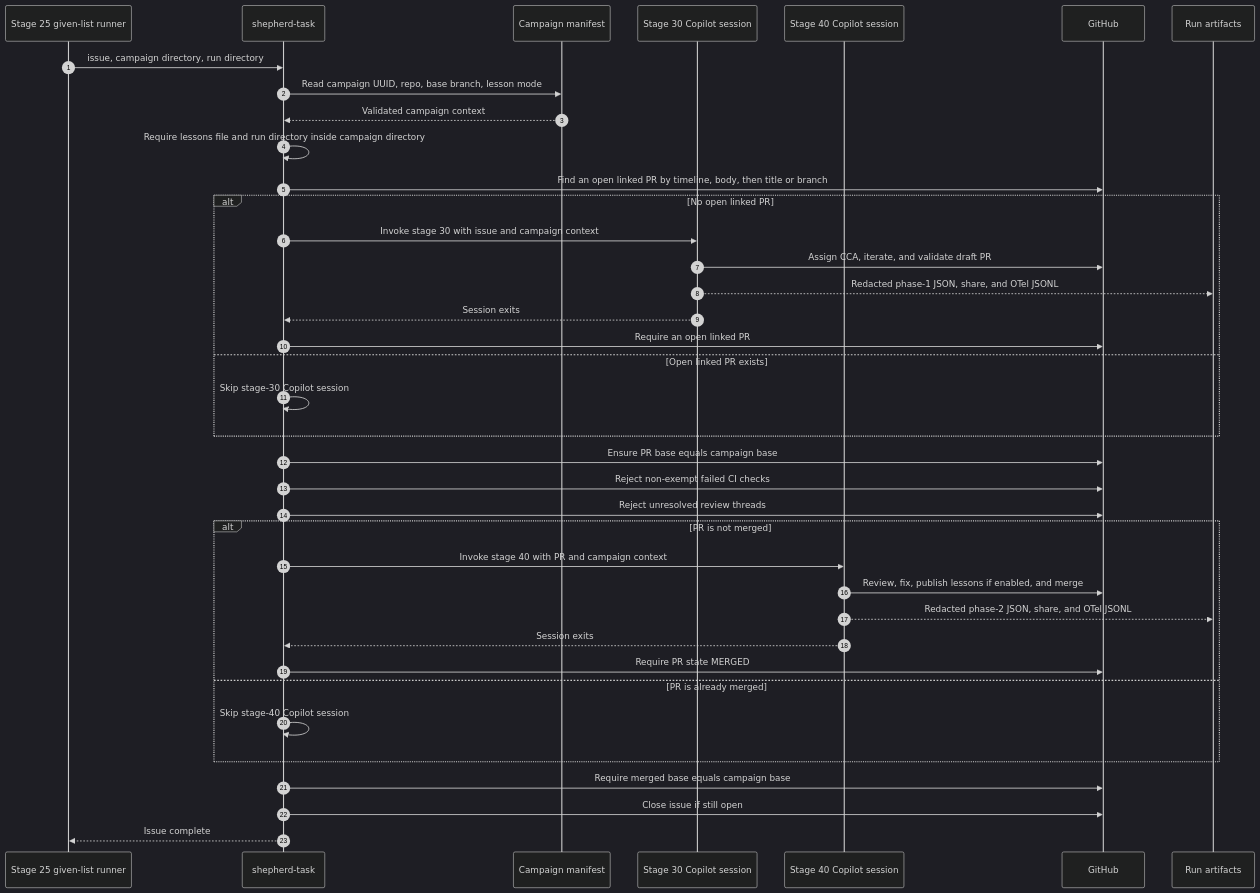
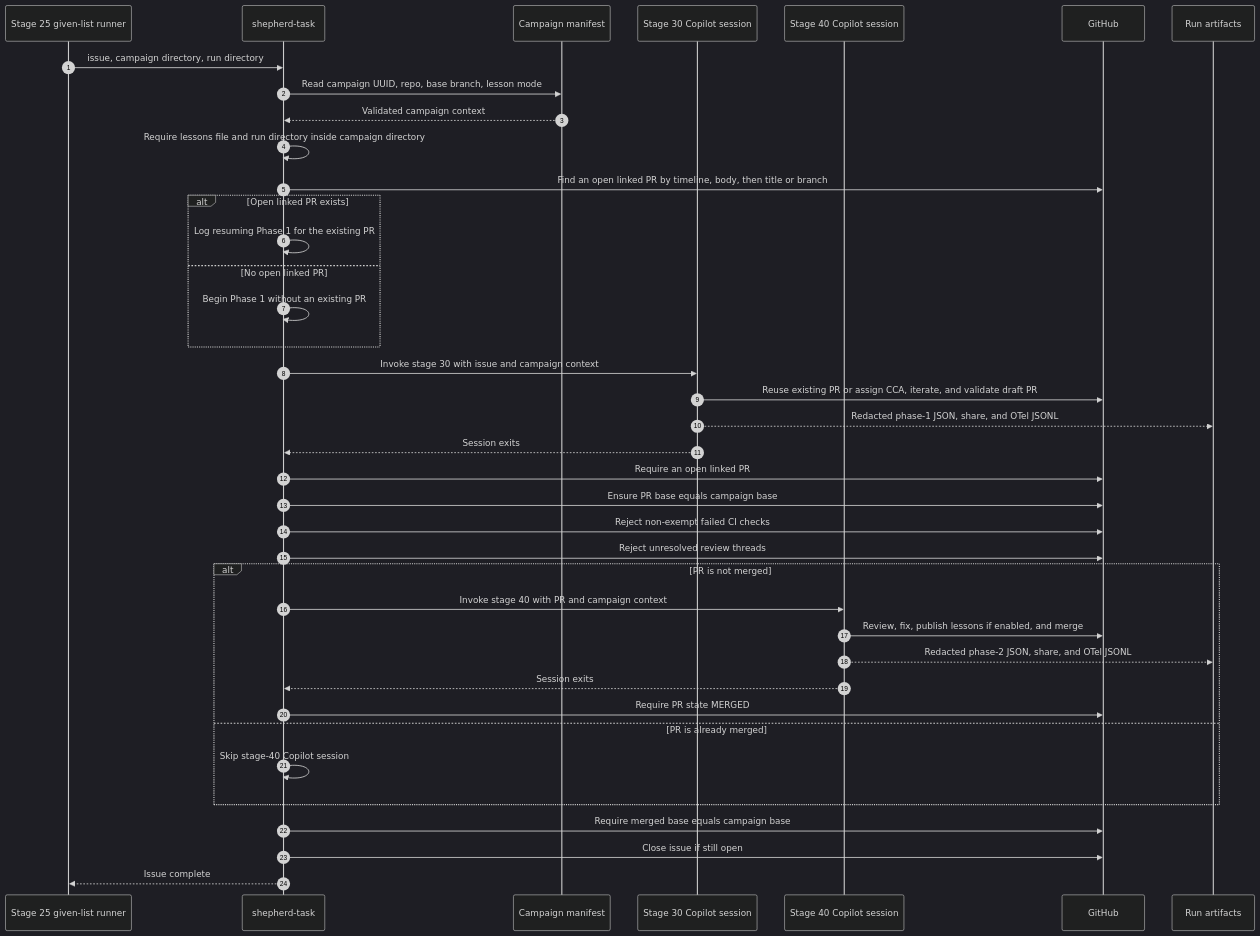
The diagram in plugins/shepherd-task/figure-02-shepherd-task.md (github/awesome-copilot), drawn with Mermaid (dark theme) before and after one commit. The commit also changed other lines of this file and 1 other file, not shown here.

Commit message:
Correct shepherd orchestration diagrams
Document Stage 30 resume behavior for existing pull requests and show Stage 25 manifest finalization before Stage 50 post-mortem generation.

Copilot-Session: ee3b3d65-a828-4ded-a757-e5f978303649

````diff
--- a/plugins/shepherd-task/figure-02-shepherd-task.md
+++ b/plugins/shepherd-task/figure-02-shepherd-task.md
@@ -7,45 +7,46 @@
 ```mermaid
 sequenceDiagram
     autonumber
     participant GL as Stage 25 given-list runner
     participant ST as shepherd-task
     participant CM as Campaign manifest
     participant P1 as Stage 30 Copilot session
     participant P2 as Stage 40 Copilot session
     participant GH as GitHub
     participant Art as Run artifacts
 
     GL->>ST: issue, campaign directory, run directory
     ST->>CM: Read campaign UUID, repo, base branch, lesson mode
     CM-->>ST: Validated campaign context
     ST->>ST: Require lessons file and run directory inside campaign directory
     ST->>GH: Find an open linked PR by timeline, body, then title or branch
 
-    alt No open linked PR
-        ST->>P1: Invoke stage 30 with issue and campaign context
-        P1->>GH: Assign CCA, iterate, and validate draft PR
-        P1-->>Art: Redacted phase-1 JSON, share, and OTel JSONL
-        P1-->>ST: Session exits
-        ST->>GH: Require an open linked PR
-    else Open linked PR exists
-        ST->>ST: Skip stage-30 Copilot session
+    alt Open linked PR exists
+        ST->>ST: Log resuming Phase 1 for the existing PR
+    else No open linked PR
+        ST->>ST: Begin Phase 1 without an existing PR
     end
+    ST->>P1: Invoke stage 30 with issue and campaign context
+    P1->>GH: Reuse existing PR or assign CCA, iterate, and validate draft PR
+    P1-->>Art: Redacted phase-1 JSON, share, and OTel JSONL
+    P1-->>ST: Session exits
+    ST->>GH: Require an open linked PR
 
     ST->>GH: Ensure PR base equals campaign base
     ST->>GH: Reject non-exempt failed CI checks
     ST->>GH: Reject unresolved review threads
 
     alt PR is not merged
         ST->>P2: Invoke stage 40 with PR and campaign context
         P2->>GH: Review, fix, publish lessons if enabled, and merge
         P2-->>Art: Redacted phase-2 JSON, share, and OTel JSONL
         P2-->>ST: Session exits
         ST->>GH: Require PR state MERGED
     else PR is already merged
         ST->>ST: Skip stage-40 Copilot session
     end
 
     ST->>GH: Require merged base equals campaign base
     ST->>GH: Close issue if still open
     ST-->>GL: Issue complete
 ```
````
